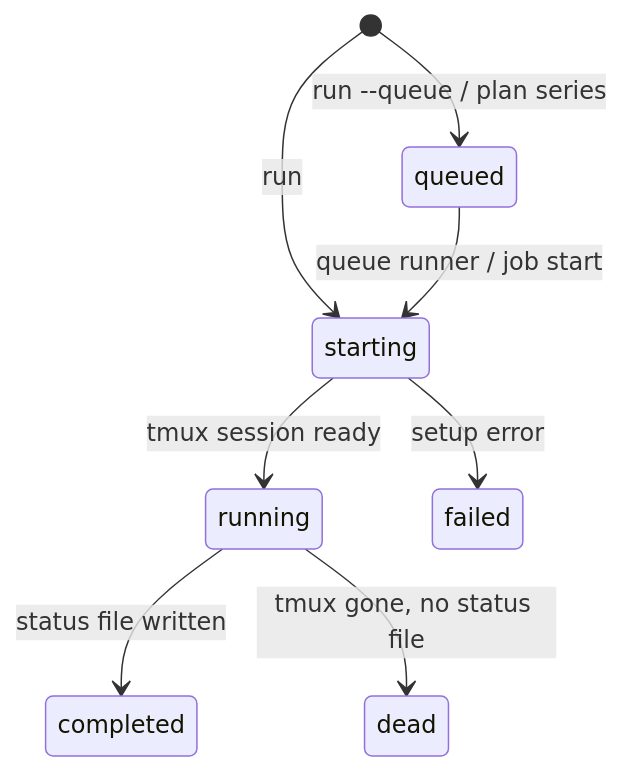
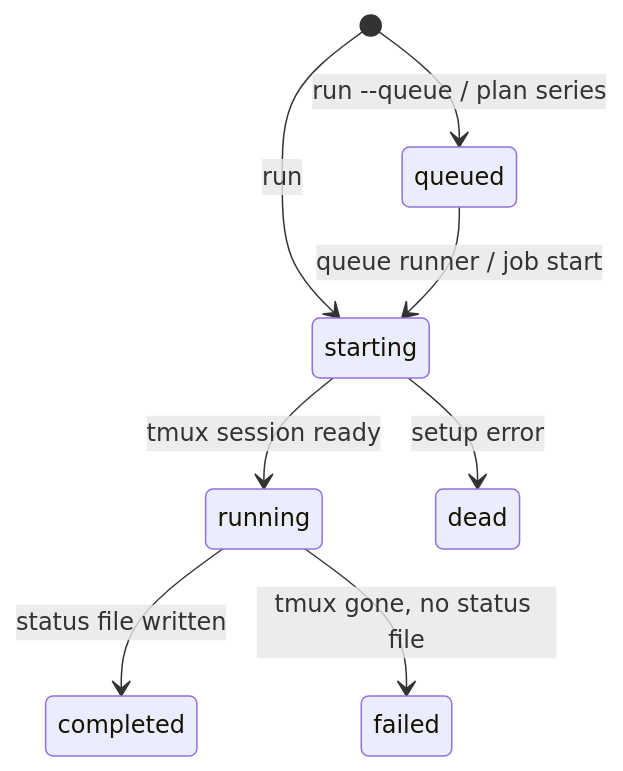
One commit to osteele/weft changed the first of 2 diagrams in docs/architecture.md. Above: the diagram before and after it, drawn with Mermaid. The commit also changed other lines of this file and 21 other files, not shown here.

````diff
--- a/docs/architecture.md
+++ b/docs/architecture.md
@@ -56,10 +58,10 @@
 ```mermaid
 stateDiagram-v2
     [*] --> queued : run --queue / plan series
     [*] --> starting : run
     queued --> starting : queue runner / job start
     starting --> running : tmux session ready
-    starting --> failed : setup error
+    starting --> dead : setup error
     running --> completed : status file written
-    running --> dead : tmux gone, no status file
+    running --> failed : tmux gone, no status file
 ```
````
